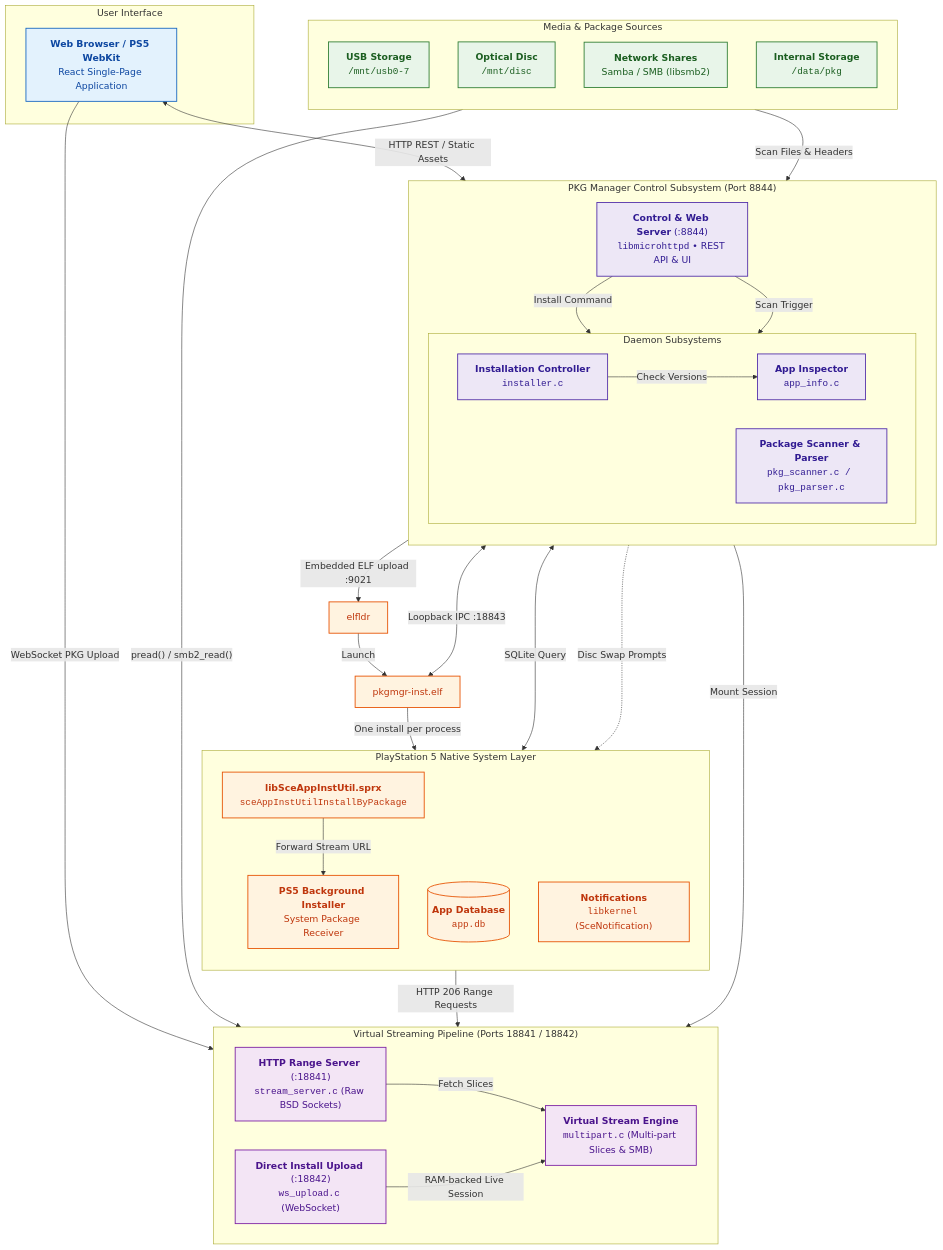
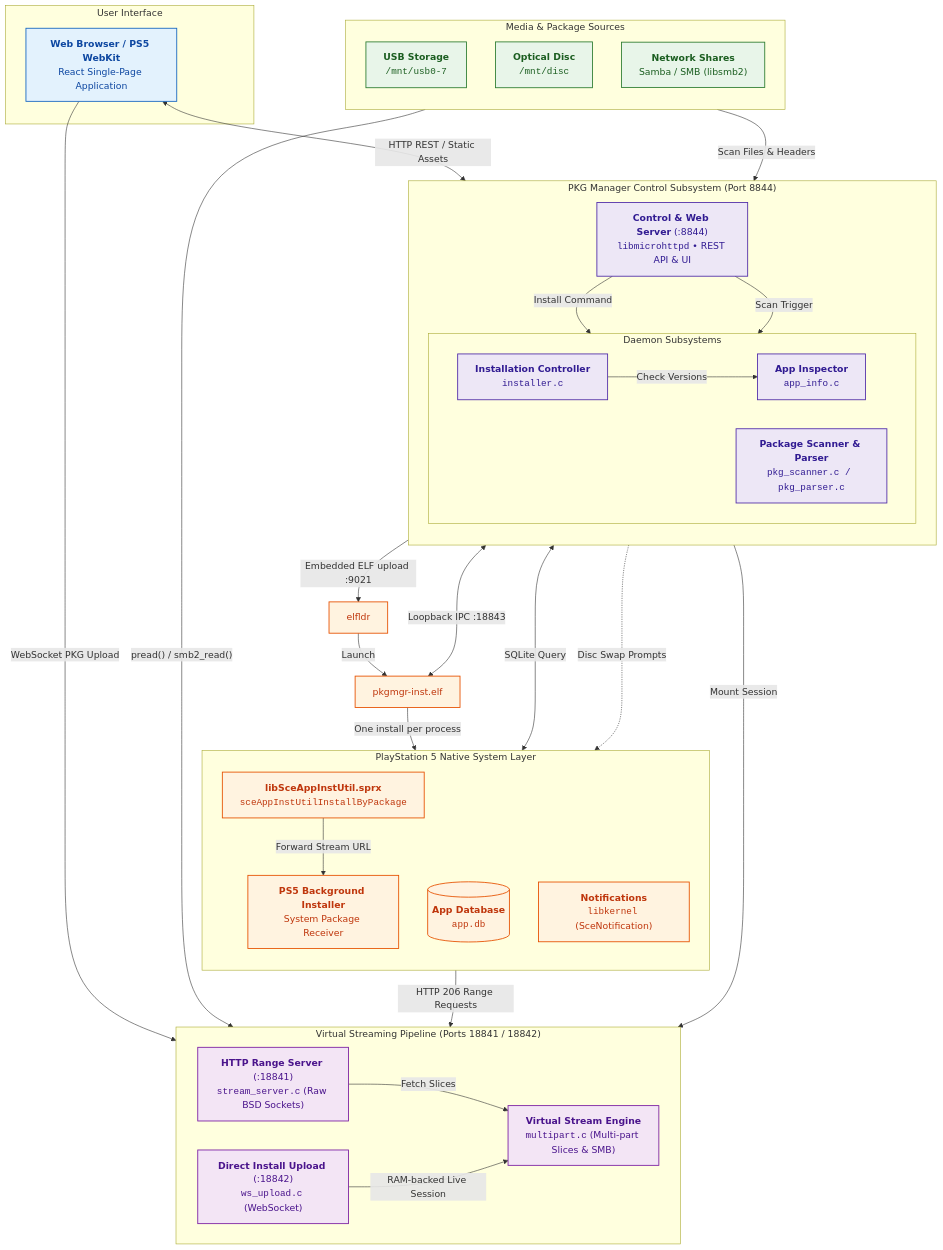
One commit to bsk193/pkg-manager-x changed the diagram in ARCHITECTURE.md. Above: the diagram before and after it, drawn with Mermaid. The commit also changed other lines of this file and 16 other files, not shown here.

Commit message:
Fix offline USB and disc install handling (#20)

````diff
--- a/ARCHITECTURE.md
+++ b/ARCHITECTURE.md
@@ -11,81 +11,80 @@
 ```mermaid
 flowchart TB
     subgraph UI ["User Interface"]
         BROWSER["<b>Web Browser / PS5 WebKit</b><br/>React Single-Page Application"]
     end
 
     subgraph STOR ["Media & Package Sources"]
         direction TB
         USB["<b>USB Storage</b><br/><code>/mnt/usb0-7</code>"]
         DISC["<b>Optical Disc</b><br/><code>/mnt/disc</code>"]
         SMB["<b>Network Shares</b><br/>Samba / SMB (libsmb2)"]
-        DATA["<b>Internal Storage</b><br/><code>/data/pkg</code>"]
     end
 
     subgraph CTRL ["PKG Manager Control Subsystem (Port 8844)"]
         direction TB
         HTTP8844["<b>Control & Web Server</b> (:8844)<br/><code>libmicrohttpd</code> &bull; REST API & UI"]
         subgraph CTRL_WORKERS ["Daemon Subsystems"]
             direction LR
             APPINFO["<b>App Inspector</b><br/><code>app_info.c</code>"]
             INSTALLER["<b>Installation Controller</b><br/><code>installer.c</code>"]
             SCANNER["<b>Package Scanner & Parser</b><br/><code>pkg_scanner.c / pkg_parser.c</code>"]
         end
     end
 
     subgraph STRM ["Virtual Streaming Pipeline (Ports 18841 / 18842)"]
         direction LR
         SOCKET["<b>HTTP Range Server</b> (:18841)<br/><code>stream_server.c</code> (Raw BSD Sockets)"]
         WS["<b>Direct Install Upload</b> (:18842)<br/><code>ws_upload.c</code> (WebSocket)"]
         VSTREAM["<b>Virtual Stream Engine</b><br/><code>multipart.c</code> (Multi-part Slices & SMB)"]
     end
 
     subgraph PS5 ["PlayStation 5 Native System Layer"]
         direction TB
         SCE["<b>libSceAppInstUtil.sprx</b><br/><code>sceAppInstUtilInstallByPackage</code>"]
         RECEIVER["<b>PS5 Background Installer</b><br/>System Package Receiver"]
         APPDB[("<b>App Database</b><br/><code>app.db</code>")]
         NOTIF["<b>Notifications</b><br/><code>libkernel</code> (SceNotification)"]
     end
 
     %% UI Interaction
     BROWSER <-->|"HTTP REST / Static Assets"| HTTP8844
     BROWSER -->|"WebSocket PKG Upload"| WS
 
     %% Control Plane routing
     HTTP8844 -->|"Install Command"| INSTALLER
     HTTP8844 -->|"Scan Trigger"| SCANNER
     INSTALLER -->|"Check Versions"| APPINFO
 
     %% Left: PS5 OS interactions
     APPINFO <-->|"SQLite Query"| APPDB
     INSTALLER -->|"Embedded ELF upload :9021"| ELFLDR["elfldr"]
     ELFLDR -->|"Launch"| HELPER["pkgmgr-inst.elf"]
     INSTALLER <-->|"Loopback IPC :18843"| HELPER
     HELPER -->|"One install per process"| SCE
     INSTALLER -.->|"Disc Swap Prompts"| NOTIF
     SCE -->|"Forward Stream URL"| RECEIVER
     RECEIVER -->|"HTTP 206 Range Requests"| SOCKET
 
     %% Center: Stream session mount
     INSTALLER -->|"Mount Session"| VSTREAM
     SOCKET -->|"Fetch Slices"| VSTREAM
     WS -->|"RAM-backed Live Session"| VSTREAM
 
     %% Right: Storage reads
     STOR -->|"Scan Files & Headers"| SCANNER
     STOR -->|"pread() / smb2_read()"| VSTREAM
 
     %% Styling
     classDef client fill:#e3f2fd,stroke:#1565c0,stroke-width:1.5px,color:#0d47a1;
     classDef ctrl fill:#ede7f6,stroke:#512da8,stroke-width:1.5px,color:#311b92;
     classDef stor fill:#e8f5e9,stroke:#2e7d32,stroke-width:1.5px,color:#1b5e20;
     classDef strm fill:#f3e5f5,stroke:#7b1fa2,stroke-width:1.5px,color:#4a148c;
     classDef ps5 fill:#fff3e0,stroke:#e65100,stroke-width:1.5px,color:#bf360c;
 
     class BROWSER client;
     class HTTP8844,APPINFO,INSTALLER,SCANNER ctrl;
-    class USB,DISC,SMB,DATA stor;
+    class USB,DISC,SMB stor;
     class SOCKET,WS,VSTREAM strm;
     class ELFLDR,HELPER,SCE,RECEIVER,APPDB,NOTIF ps5;
 ```
````
